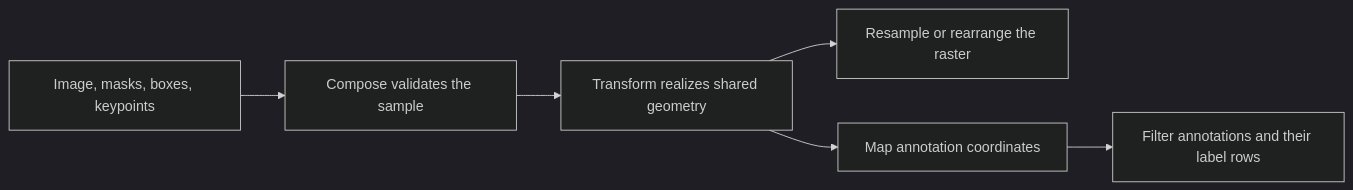
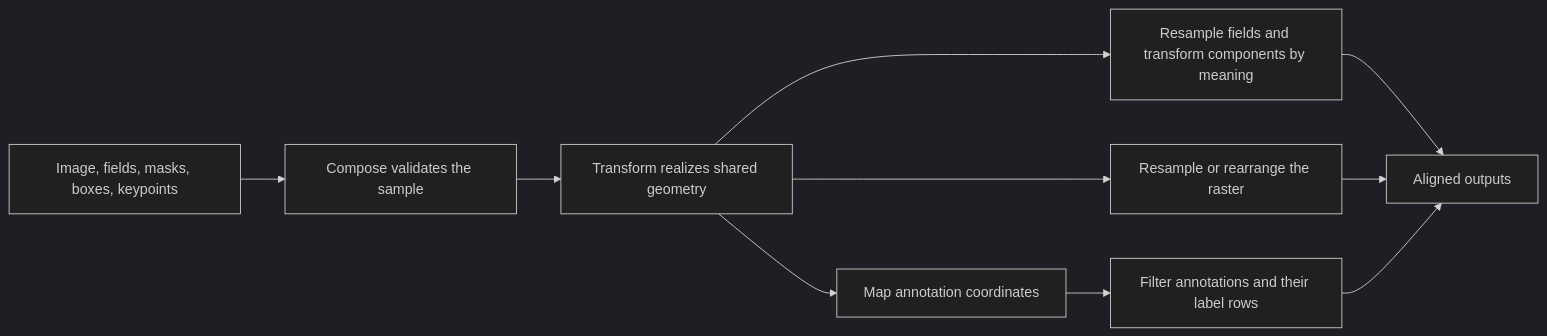
The diagram in docs/geometry.md (albumentations-team/AlbumentationsX), drawn with Mermaid (dark theme) before and after one commit. The commit also changed other lines of this file and 58 other files, not shown here.

````diff
--- a/docs/geometry.md
+++ b/docs/geometry.md
@@ -39,8 +42,12 @@
 ```mermaid
 flowchart LR
-    Sample["Image, masks, boxes, keypoints"] --> Validate["Compose validates the sample"]
+    Sample["Image, fields, masks, boxes, keypoints"] --> Validate["Compose validates the sample"]
     Validate --> Geometry["Transform realizes shared geometry"]
     Geometry --> Raster["Resample or rearrange the raster"]
+    Geometry --> Fields["Resample fields and transform components by meaning"]
     Geometry --> Annotation["Map annotation coordinates"]
+    Fields --> Output["Aligned outputs"]
     Annotation --> Filter["Filter annotations and their label rows"]
+    Raster --> Output
+    Filter --> Output
 ```
````
